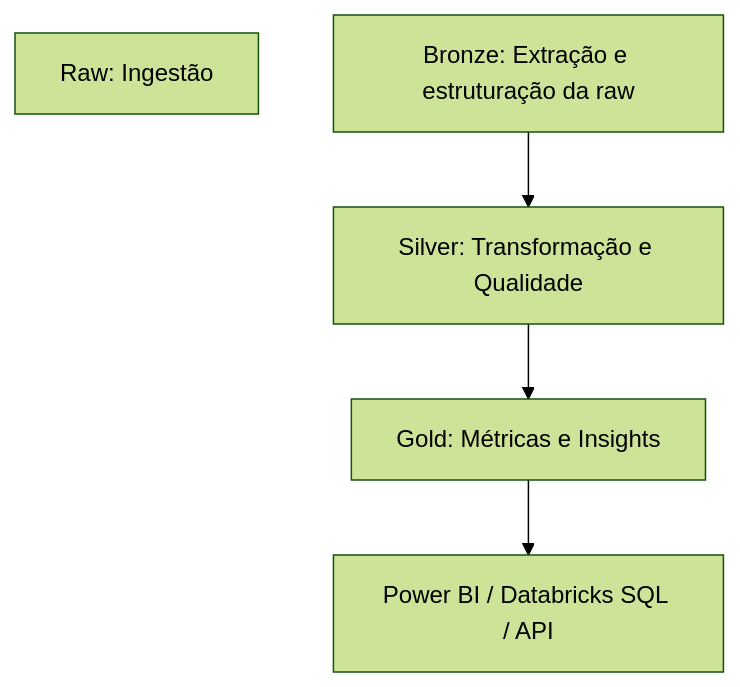
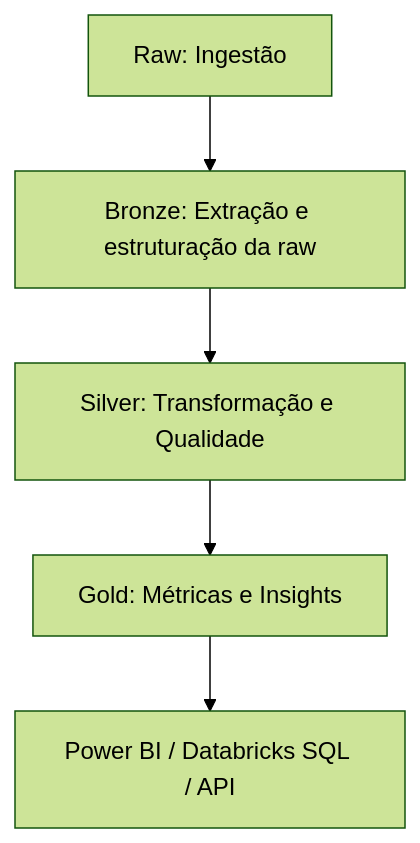
Before and after one commit to Rafasansouza/imersao-databricks-data-engineering: the diagram in README.md, drawn with Mermaid (forest theme).

````diff
--- a/README.md
+++ b/README.md
@@ -83,7 +83,7 @@
 ```mermaid
 graph TD
-  A[Raw: Ingestão]
-  B[Bronze: Extração e estruturação da raw] --> C[Silver: Transformação e Qualidade]
+  A[Raw: Ingestão] --> B[Bronze: Extração e estruturação da raw]
+  B --> C[Silver: Transformação e Qualidade]
   C --> D[Gold: Métricas e Insights]
   D --> E[Power BI / Databricks SQL / API]
 ```
````
